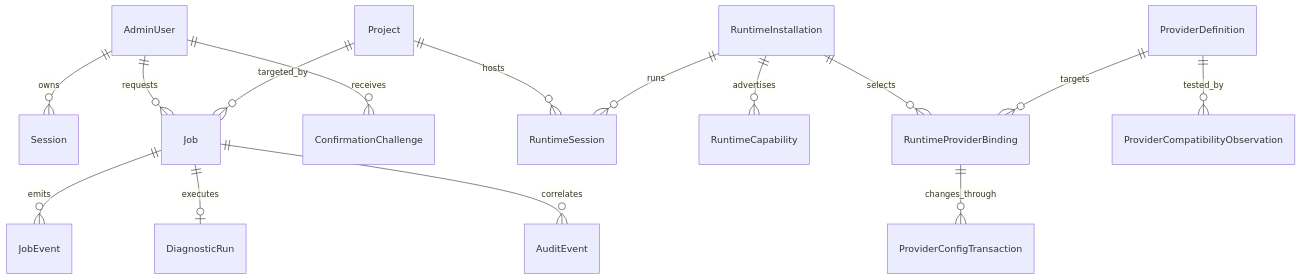
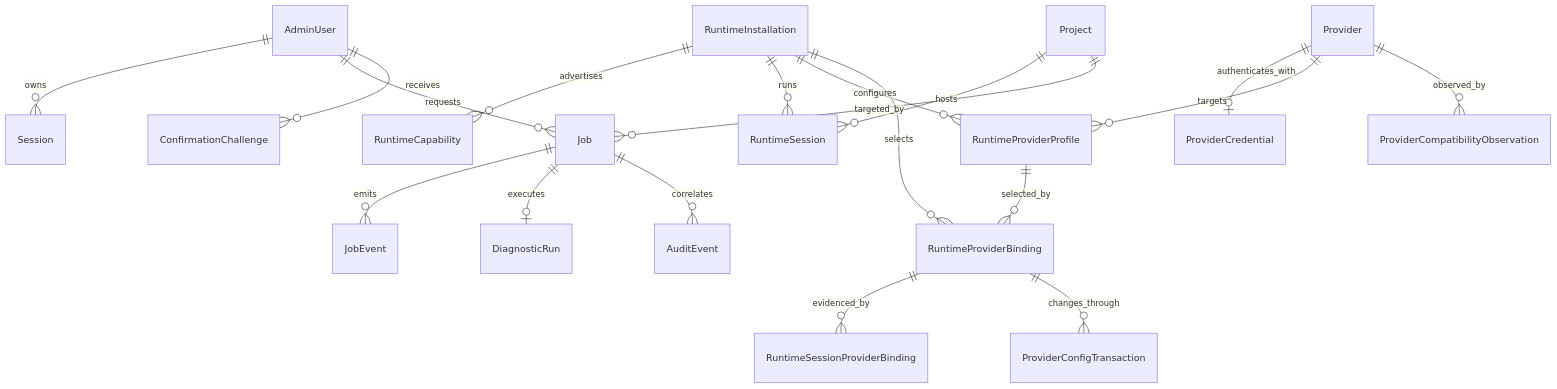
Before and after one commit to ForceMind/agentbox: the diagram in docs/DATA_MODEL.md, drawn with Mermaid. The commit also changed other lines of this file and 9 other files, not shown here.

````diff
--- a/docs/DATA_MODEL.md
+++ b/docs/DATA_MODEL.md
@@ -340,17 +377,21 @@
 ```mermaid
 erDiagram
     AdminUser ||--o{ Session : owns
     AdminUser ||--o{ Job : requests
     AdminUser ||--o{ ConfirmationChallenge : receives
     Project ||--o{ RuntimeSession : hosts
     RuntimeInstallation ||--o{ RuntimeCapability : advertises
     RuntimeInstallation ||--o{ RuntimeSession : runs
+    RuntimeInstallation ||--o{ RuntimeProviderProfile : configures
     RuntimeInstallation ||--o{ RuntimeProviderBinding : selects
-    ProviderDefinition ||--o{ RuntimeProviderBinding : targets
-    ProviderDefinition ||--o{ ProviderCompatibilityObservation : tested_by
+    Provider ||--o| ProviderCredential : authenticates_with
+    Provider ||--o{ RuntimeProviderProfile : targets
+    RuntimeProviderProfile ||--o{ RuntimeProviderBinding : selected_by
+    RuntimeProviderBinding ||--o{ RuntimeSessionProviderBinding : evidenced_by
+    Provider ||--o{ ProviderCompatibilityObservation : observed_by
     RuntimeProviderBinding ||--o{ ProviderConfigTransaction : changes_through
     Job ||--o{ JobEvent : emits
     Job ||--o| DiagnosticRun : executes
     Job ||--o{ AuditEvent : correlates
     Project ||--o{ Job : targeted_by
 ```
````
